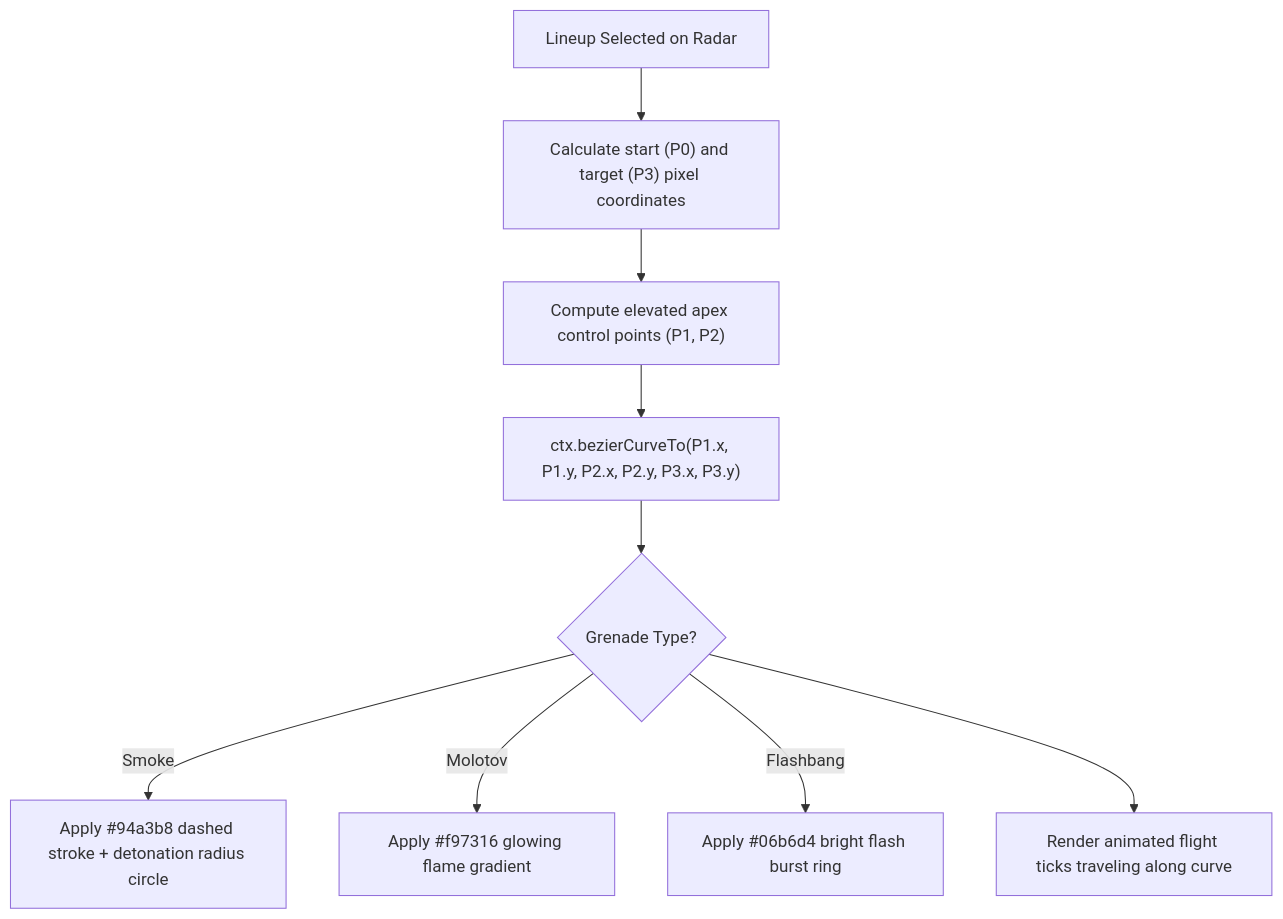
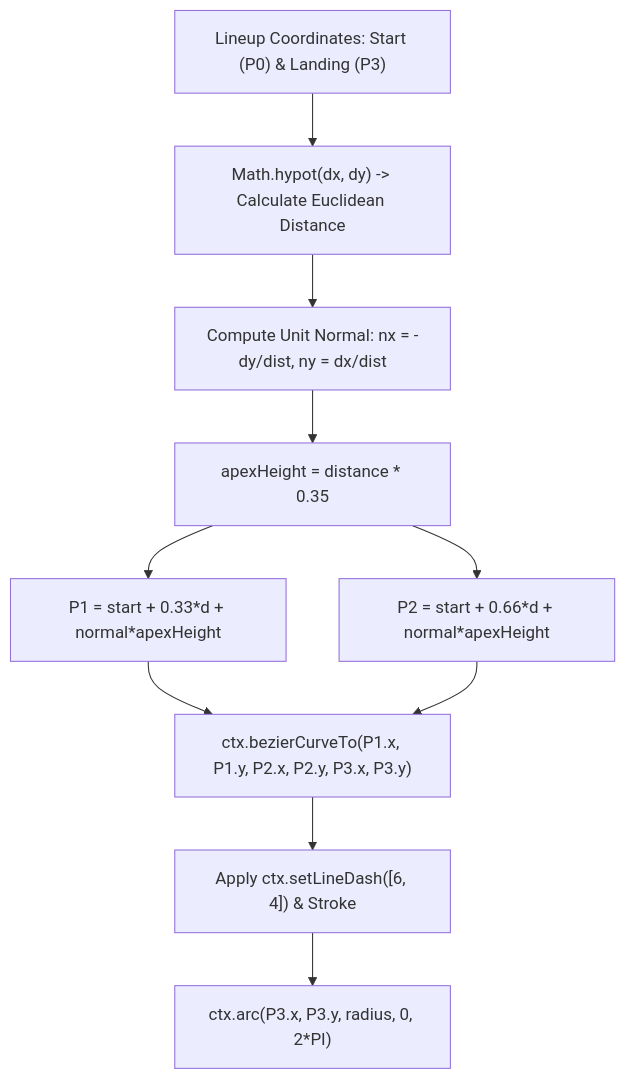
Before and after one commit to IAndrexI/documentation: the diagram in docs/code/cs2nades/use-canvas-ts.md, drawn with Mermaid. The commit also changed other lines of this file and 40 other files, not shown here.

Commit message:
feat: hide git stars/branches, collapse subcategories until tab selected, add high-res architecture SVG, auto-update script, basic monochrome glyphs, and line-by-line recreation blueprints with summaries

````diff
--- a/docs/code/cs2nades/use-canvas-ts.md
+++ b/docs/code/cs2nades/use-canvas-ts.md
@@ -24,13 +31,15 @@
-```mermaid
-graph TD
-    LineupSelected["Lineup Selected on Radar"] --> CalcPoints["Calculate start (P0) and target (P3) pixel coordinates"]
-    CalcPoints --> CalcControl["Compute elevated apex control points (P1, P2)"]
-    CalcControl --> DrawArc["ctx.bezierCurveTo(P1.x, P1.y, P2.x, P2.y, P3.x, P3.y)"]
-    
-    DrawArc --> RenderStyle{"Grenade Type?"}
-    RenderStyle -->|Smoke| GreyStroke["Apply #94a3b8 dashed stroke + detonation radius circle"]
-    RenderStyle -->|Molotov| FireStroke["Apply #f97316 glowing flame gradient"]
-    RenderStyle -->|Flashbang| CyanStroke["Apply #06b6d4 bright flash burst ring"]
-    
-    RenderStyle --> RenderTicks["Render animated flight ticks traveling along curve"]
-```
+    ```mermaid
+    graph TD
+        InputCoords["Lineup Coordinates: Start (P0) & Landing (P3)"] --> CalcDist["Math.hypot(dx, dy) -> Calculate Euclidean Distance"]
+        CalcDist --> NormalVec["Compute Unit Normal: nx = -dy/dist, ny = dx/dist"]
+        NormalVec --> CalcApex["apexHeight = distance * 0.35"]
+        
+        CalcApex --> P1Calc["P1 = start + 0.33*d + normal*apexHeight"]
+        CalcApex --> P2Calc["P2 = start + 0.66*d + normal*apexHeight"]
+
+        P1Calc --> BezierPath["ctx.bezierCurveTo(P1.x, P1.y, P2.x, P2.y, P3.x, P3.y)"]
+        P2Calc --> BezierPath
+
+        BezierPath --> DrawDashes["Apply ctx.setLineDash([6, 4]) & Stroke"]
+        DrawDashes --> DetonationCircle["ctx.arc(P3.x, P3.y, radius, 0, 2*PI)"]
+    ```
````
